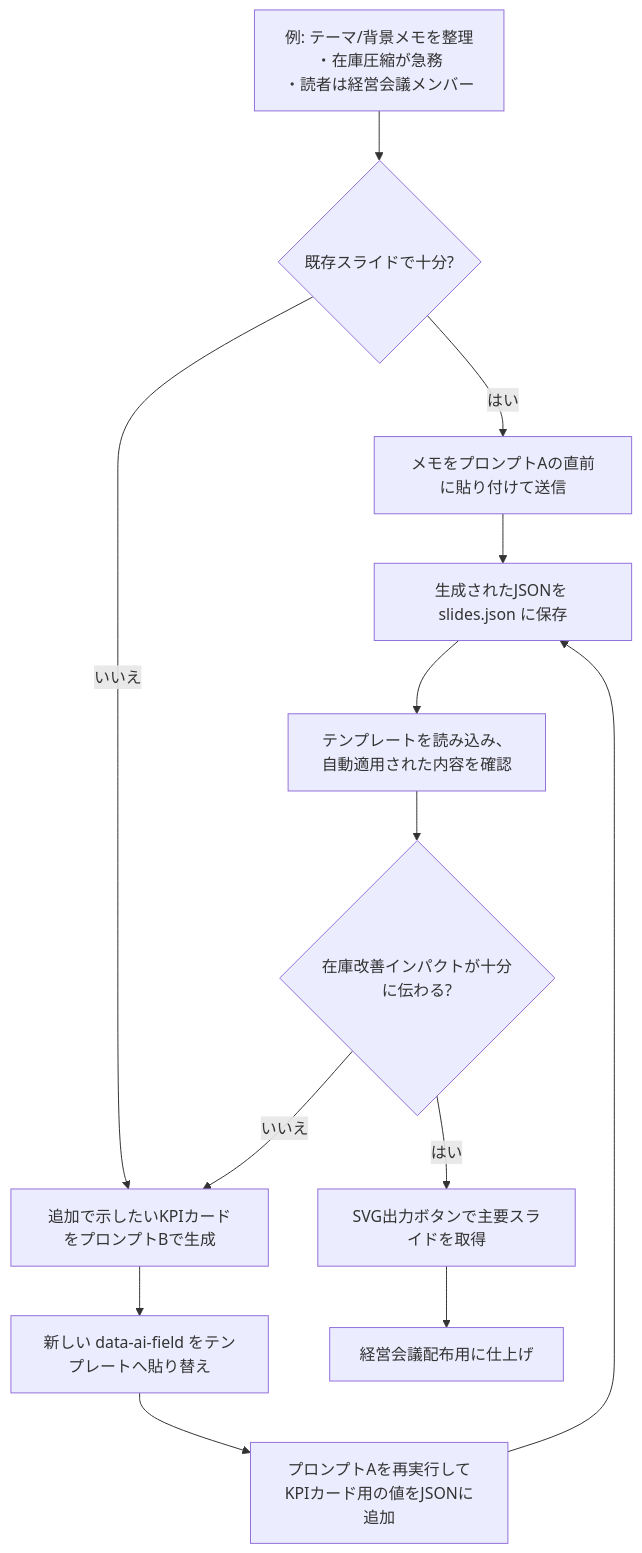
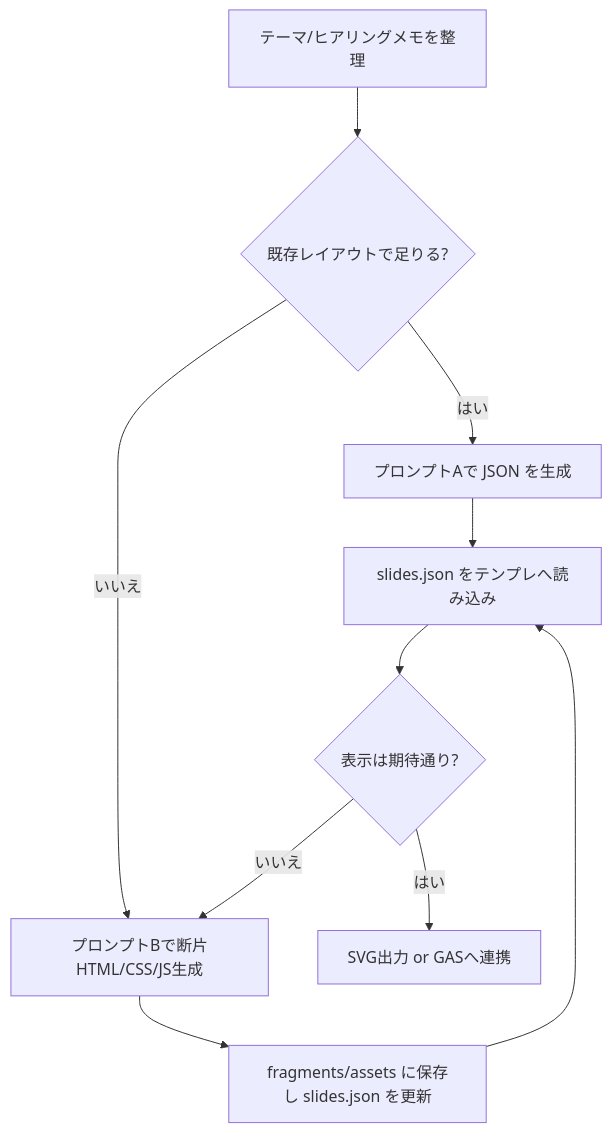
Before and after one commit to junTaniguchi/slide_template: the diagram in README.md, drawn with Mermaid. The commit also changed other lines of this file and 1 other file, not shown here.

````diff
--- a/README.md
+++ b/README.md
@@ -259,15 +82,12 @@
 ```mermaid
 flowchart TD
-  A[例: テーマ/背景メモを整理<br/>・在庫圧縮が急務<br/>・読者は経営会議メンバー] --> B{既存スライドで十分?}
-  B -- はい --> C[メモをプロンプトAの直前に貼り付けて送信]
-  C --> D[生成されたJSONを slides.json に保存]
-  D --> E[テンプレートを読み込み、自動適用された内容を確認]
-  B -- いいえ --> F[追加で示したいKPIカードをプロンプトBで生成]
-  F --> G[新しい data-ai-field をテンプレートへ貼り替え]
-  G --> H[プロンプトAを再実行して<br/>KPIカード用の値をJSONに追加]
-  H --> D
-  E --> I{在庫改善インパクトが十分に伝わる?}
-  I -- いいえ --> F
-  I -- はい --> J[SVG出力ボタンで主要スライドを取得]
-  J --> K[経営会議配布用に仕上げ]
+  A[テーマ/ヒアリングメモを整理] --> B{既存レイアウトで足りる?}
+  B -- はい --> C[プロンプトAで JSON を生成]
+  B -- いいえ --> D[プロンプトBで断片HTML/CSS/JS生成]
+  D --> E[fragments/assets に保存し slides.json を更新]
+  C --> F[slides.json をテンプレへ読み込み]
+  E --> F
+  F --> G{表示は期待通り?}
+  G -- いいえ --> D
+  G -- はい --> H[SVG出力 or GASへ連携]
 ```
````
